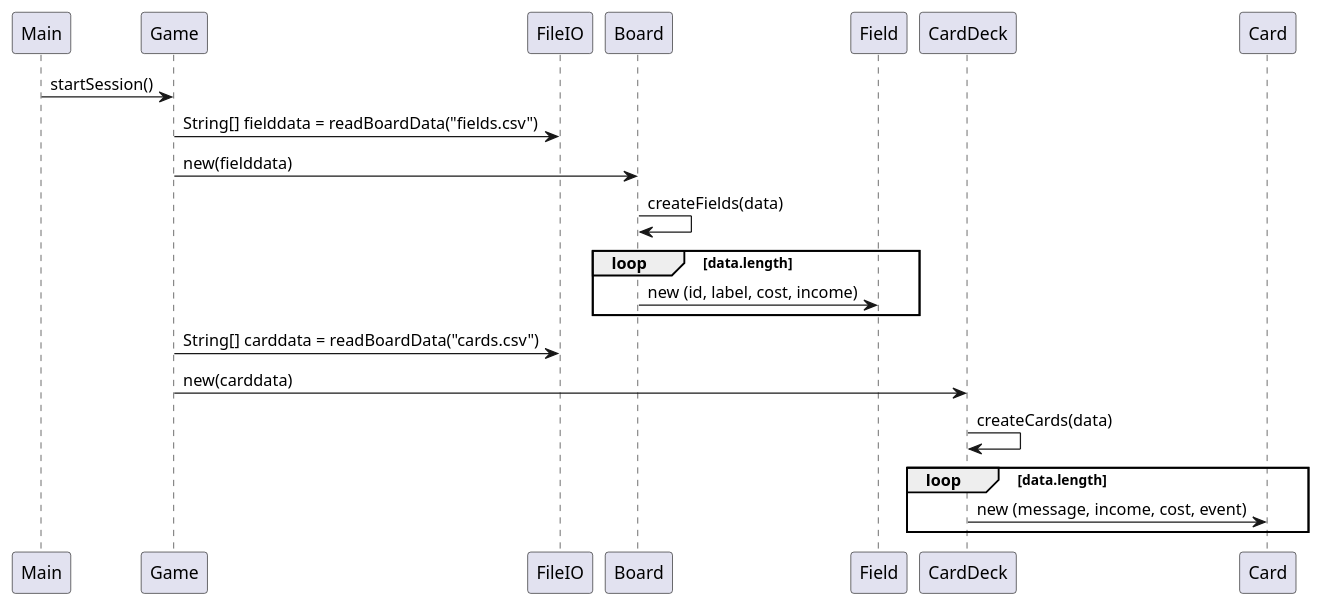
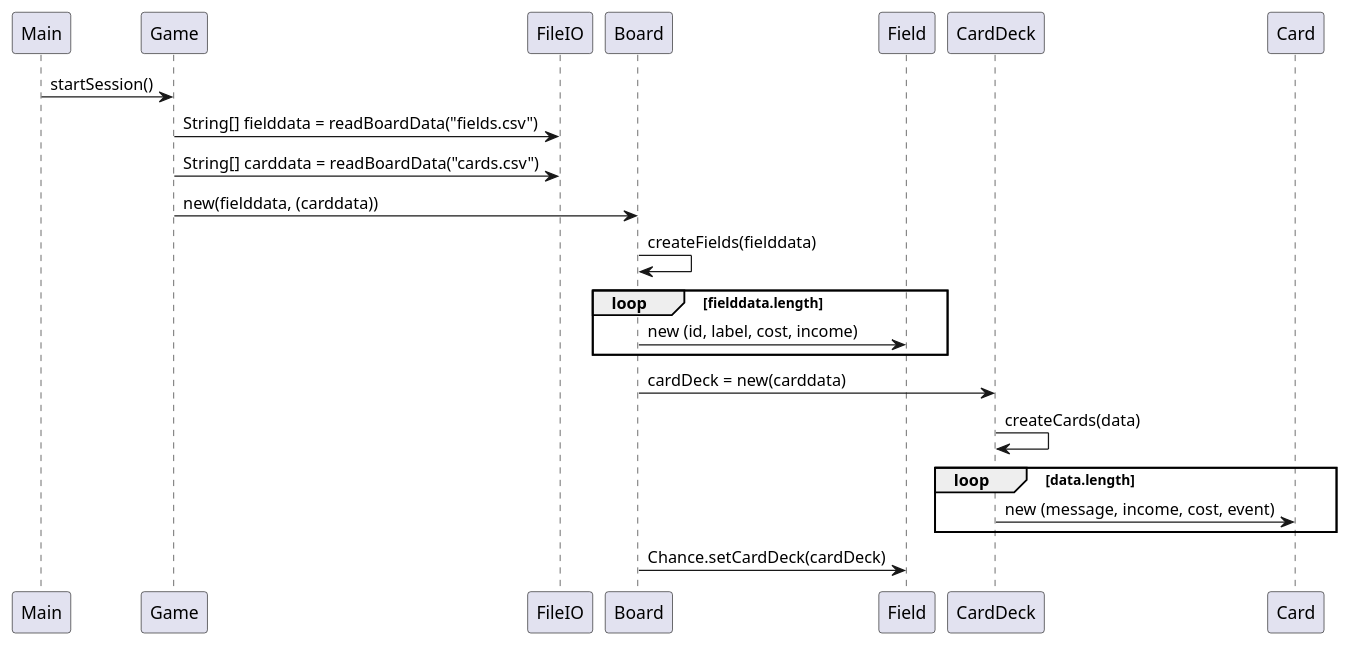
Before and after one commit to Dat1Cphbusiness/MonopolyF25: the diagram in doc/plan/dynamic/sequence_buildboard.puml, drawn with PlantUML. The commit also changed 4 other files, not shown here.

```diff
--- a/doc/plan/dynamic/sequence_buildboard.puml
+++ b/doc/plan/dynamic/sequence_buildboard.puml
@@ -1,22 +1,29 @@
 @startuml
 'https://plantuml.com/sequence-diagram
 
 
 Main -> Game: startSession()
+
+
+
 Game -> FileIO: String[] fielddata = readBoardData("fields.csv")
+Game -> FileIO: String[] carddata = readBoardData("cards.csv")
 
-Game -> Board : new(fielddata)
-Board -> Board : createFields(data)
+Game -> Board : new(fielddata, (carddata))
+Board -> Board : createFields(fielddata)
 
-loop data.length
+loop fielddata.length
 Board -> Field : new (id, label, cost, income)
 end
-Game -> FileIO: String[] carddata = readBoardData("cards.csv")
 
-Game -> CardDeck : new(carddata)
+Board -> CardDeck : cardDeck = new(carddata)
 CardDeck -> CardDeck : createCards(data)
 
 loop data.length
 CardDeck -> Card : new (message, income, cost, event)
 end
+
+Board -> Field : Chance.setCardDeck(cardDeck)
+
+
 @enduml
```
